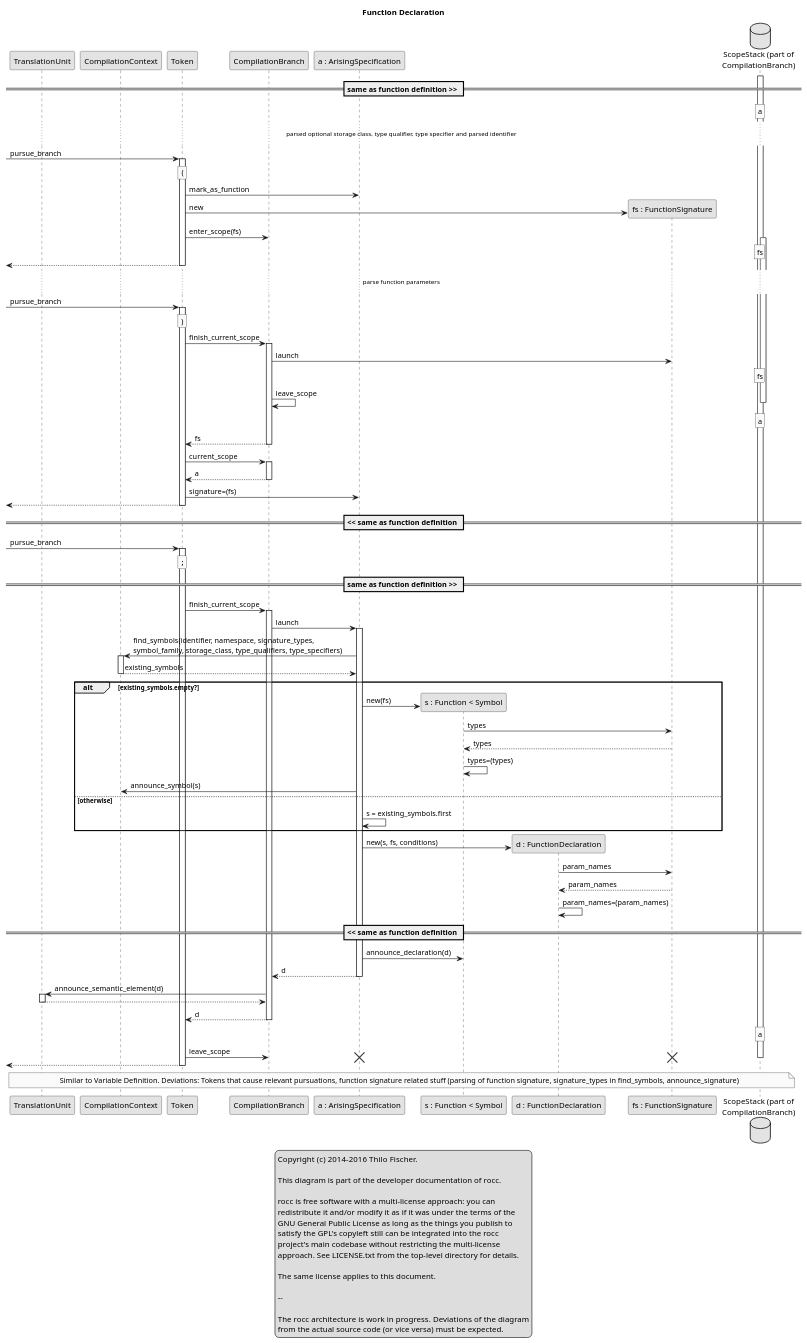
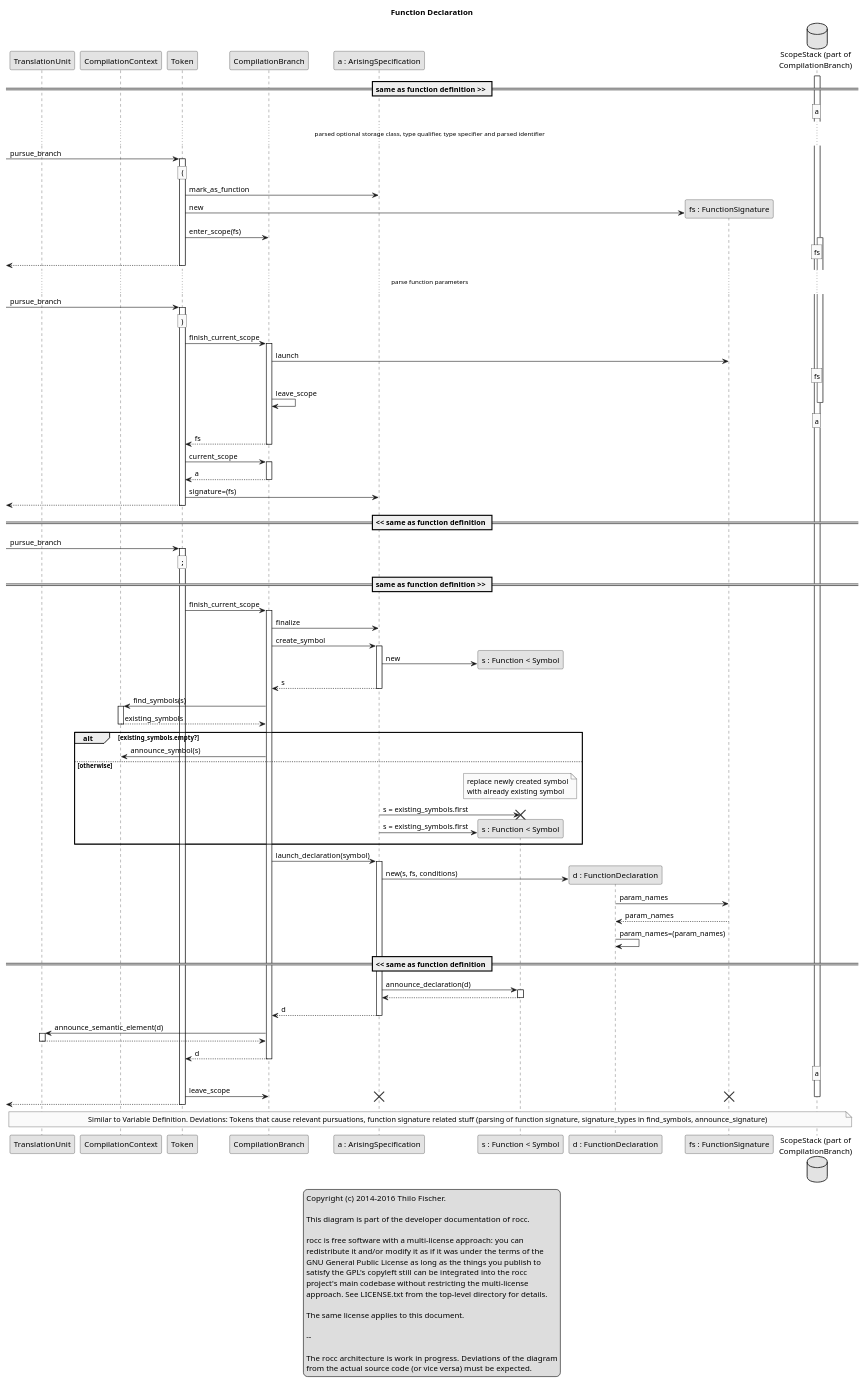
Before and after one commit to thilo-fischer/rocc: the diagram in design/snippets/symbol-instantiation_function-declaration.puml, drawn with PlantUML. The commit also changed 8 other files, not shown here.

```diff
--- a/design/snippets/symbol-instantiation_function-declaration.puml
+++ b/design/snippets/symbol-instantiation_function-declaration.puml
@@ -1,174 +1,184 @@
 @startuml
 
 legend center
   Copyright (c) 2014-2016  Thilo Fischer.
   
   This diagram is part of the developer documentation of rocc.
  
   rocc is free software with a multi-license approach: you can
   redistribute it and/or modify it as if it was under the terms of the
   GNU General Public License as long as the things you publish to
   satisfy the GPL's copyleft still can be integrated into the rocc
   project's main codebase without restricting the multi-license
   approach. See LICENSE.txt from the top-level directory for details.
  
   The same license applies to this document.
 
   --
 
   The rocc architecture is work in progress.  Deviations of the diagram
   from the actual source code (or vice versa) must be expected.
 endlegend
 
 skinparam monochrome true
 
 title Function Declaration
 
 participant TranslationUnit
 participant CompilationContext
 participant Token
 participant CompilationBranch
 participant "a : ArisingSpecification" as ArisingSpecification
 participant "s : Function < Symbol" as Symbol
 participant "d : FunctionDeclaration" as Declaration
 participant "fs : FunctionSignature" as FunctionSignature
 database "ScopeStack (part of\nCompilationBranch)" as ScopeStack
 
 == same as function definition >> ==
 
 activate ScopeStack
 rnote over ScopeStack : a
 
 ... parsed optional storage class, type qualifier, type specifier and parsed identifier ...
 
 [-> Token : pursue_branch
 rnote over Token : ""(""
 activate Token
 
 'note over ArisingSpecification : CompilationBranch#\ncurrent_scope
 
 'Token -> CompilationBranch : current_scope
 'activate CompilationBranch
 'Token <-- CompilationBranch : a
 'deactivate CompilationBranch
 
 Token -> ArisingSpecification : mark_as_function
 
 create FunctionSignature
 Token -> FunctionSignature : new
 Token -> CompilationBranch : enter_scope(fs)
 activate ScopeStack
 rnote over ScopeStack : fs
 'note over FunctionSignature : CompilationBranch#\ncurrent_scope
 
 [<-- Token
 deactivate Token
 
 ... parse function parameters ...
 
 [-> Token : pursue_branch
 rnote over Token : "")""
 activate Token
 
 Token -> CompilationBranch : finish_current_scope
 activate CompilationBranch
 'note over FunctionSignature : CompilationBranch#\ncurrent_scope
 CompilationBranch -> FunctionSignature : launch
 
 rnote over ScopeStack : fs
 CompilationBranch -> CompilationBranch : leave_scope
 deactivate ScopeStack
 'note over ArisingSpecification : CompilationBranch#\ncurrent_scope
 rnote over ScopeStack : a
 
 Token <-- CompilationBranch : fs
 deactivate CompilationBranch
 
 Token -> CompilationBranch : current_scope
 activate CompilationBranch
 Token <-- CompilationBranch : a
 deactivate CompilationBranch
 
 Token -> ArisingSpecification : signature=(fs)
 
 [<-- Token
 deactivate Token
 
 == << same as function definition ==
 
 [-> Token : pursue_branch
 
 'rnote over Token : "";"" or "",""
 rnote over Token : "";""
 
 activate Token
 
 == same as function definition >> ==
 
 Token -> CompilationBranch : finish_current_scope
 activate CompilationBranch
 
-CompilationBranch -> ArisingSpecification : launch
+CompilationBranch -> ArisingSpecification : finalize
+
+CompilationBranch -> ArisingSpecification : create_symbol
 activate ArisingSpecification
+create Symbol
+ArisingSpecification -> Symbol : new
+CompilationBranch <-- ArisingSpecification : s
+deactivate ArisingSpecification
 
-ArisingSpecification -> CompilationContext : find_symbols(identifier, namespace, signature_types,\nsymbol_family, storage_class, type_qualifiers, type_specifiers)
+CompilationBranch -> CompilationContext : find_symbols(s)
 activate CompilationContext
-ArisingSpecification <-- CompilationContext : existing_symbols
+CompilationBranch <-- CompilationContext : existing_symbols
 deactivate CompilationContext
 
 alt existing_symbols.empty?
 
-  create Symbol
-  ArisingSpecification -> Symbol : new(fs)
-
-  Symbol -> FunctionSignature : types
-  Symbol <-- FunctionSignature : types
-  Symbol -> Symbol : types=(types)
-
-  ArisingSpecification -> CompilationContext : announce_symbol(s)
+  CompilationBranch -> CompilationContext : announce_symbol(s)
   'activate CompilationContext
   'CompilationBranch <-- CompilationContext : symbol
   'deactivate CompilationContext
 
 else otherwise
 
-  ArisingSpecification -> ArisingSpecification : s = existing_symbols.first
+  note over Symbol : replace newly created symbol\nwith already existing symbol
+  ArisingSpecification -> Symbol : s = existing_symbols.first
+  destroy Symbol
+  create Symbol
+  ArisingSpecification -> Symbol : s = existing_symbols.first
   
 end ' alt existing_symbols.empty?
+
+'note over ArisingSpecification : CompilationBranch#\ncurrent_scope
+CompilationBranch -> ArisingSpecification : launch_declaration(symbol)
+activate ArisingSpecification
 
 create Declaration
 ArisingSpecification -> Declaration : new(s, fs, conditions)
 
 Declaration -> FunctionSignature : param_names
 Declaration <-- FunctionSignature : param_names
 Declaration -> Declaration : param_names=(param_names)
 
 == << same as function definition ==
 
 ArisingSpecification -> Symbol : announce_declaration(d)
+activate Symbol
+ArisingSpecification <-- Symbol
+deactivate Symbol
 
 CompilationBranch <-- ArisingSpecification : d
 deactivate ArisingSpecification
 
 CompilationBranch -> TranslationUnit : announce_semantic_element(d)
 activate TranslationUnit
 CompilationBranch <-- TranslationUnit
 deactivate TranslationUnit
 
 Token <-- CompilationBranch : d
 deactivate CompilationBranch
 
 rnote over ScopeStack : a
 Token -> CompilationBranch : leave_scope
 deactivate ScopeStack
 destroy ArisingSpecification
 destroy FunctionSignature
 
 [<-- Token
 deactivate Token
 
 note over TranslationUnit, ScopeStack
   Similar to Variable Definition. Deviations: Tokens that cause relevant pursuations, function signature related stuff (parsing of function signature, signature_types in find_symbols, announce_signature)
 end note
 
 @enduml
```
